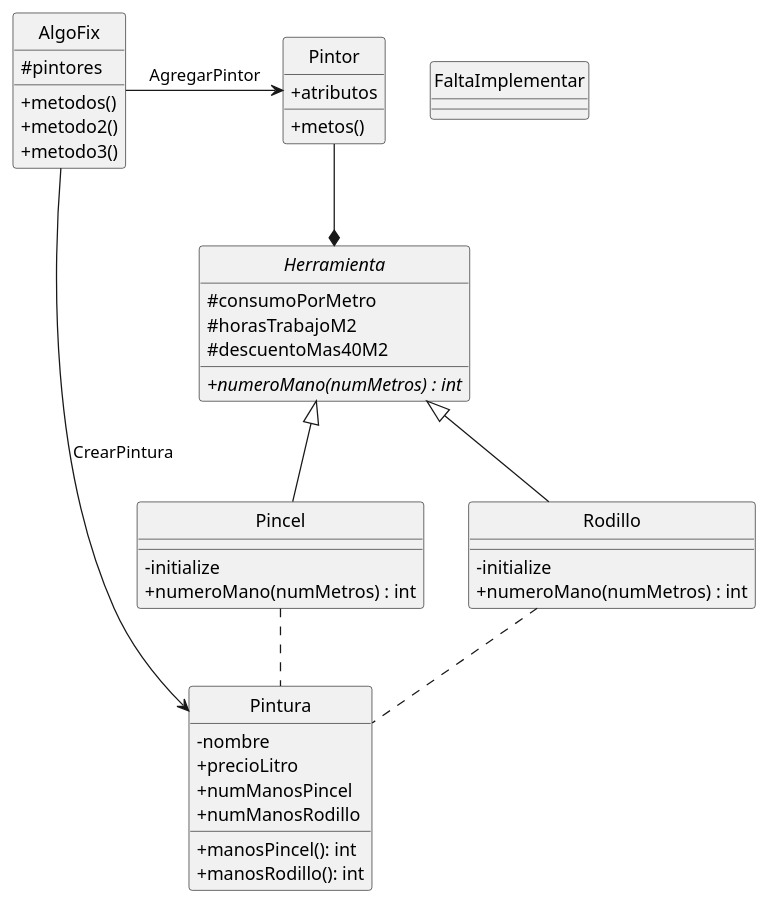
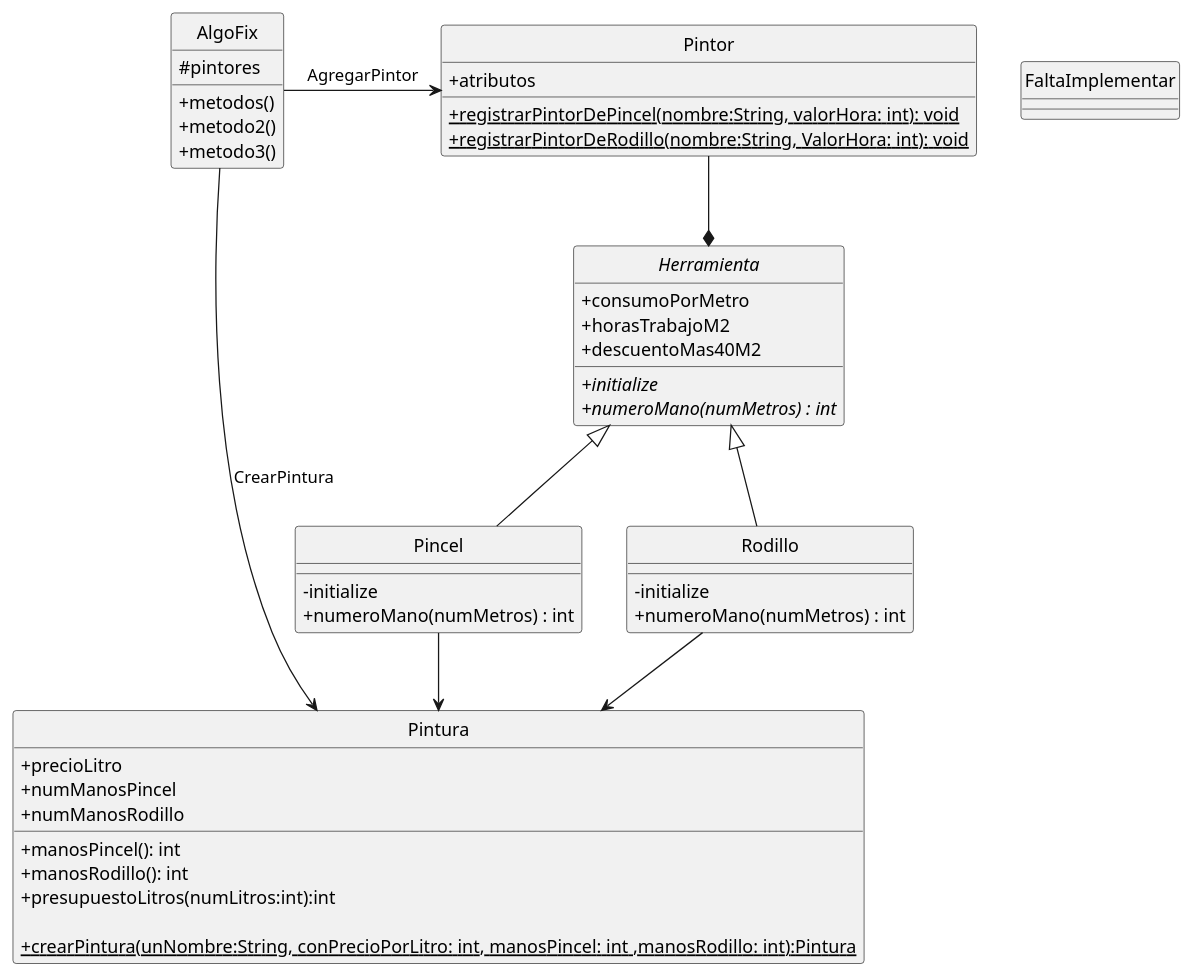
The diagram in TP1/Documentacion/diagramas/Diagrama_Clases/diagramaClases.wsd (LuisParedes1/C3_TPs), drawn with PlantUML before and after one commit. The commit also changed 32 other files, not shown here.

```diff
--- a/TP1/Documentacion/diagramas/Diagrama_Clases/diagramaClases.wsd
+++ b/TP1/Documentacion/diagramas/Diagrama_Clases/diagramaClases.wsd
@@ -1,64 +1,69 @@
 @startuml DiagramaClase
     hide circle
     skinparam classAttributeIconSize 0
 
     class AlgoFix{
         # {field} pintores
 
         + {method} metodos()
         + {method} metodo2()
         + {method} metodo3()
     }
 
     class Pintor{
         + {field} atributos
 
-        + {method} metos()
+        + {static}{method} registrarPintorDePincel(nombre:String, valorHora: int): void
+        + {static}{method} registrarPintorDeRodillo(nombre:String, ValorHora: int): void
+
     }
 
     abstract class Herramienta{
-        # {field} consumoPorMetro
-        # {field} horasTrabajoM2
-        # {field} descuentoMas40M2
+        + {field} consumoPorMetro
+        + {field} horasTrabajoM2
+        + {field} descuentoMas40M2
 
+        + {abstract}{method} initialize
         + {abstract}{method} numeroMano(numMetros) : int
     }
 
     class Pincel{
         - {method} initialize
         + {method} numeroMano(numMetros) : int
     }
 
     class Rodillo{
         - {method} initialize
         + {method} numeroMano(numMetros) : int
     }
 
     class Pintura{
-    - {field} nombre
     + {field} precioLitro
     + {field} numManosPincel
     + {field} numManosRodillo
 
     + {method} manosPincel(): int
     + {method} manosRodillo(): int
+    + {method} presupuestoLitros(numLitros:int):int
+
+    +{static}{method} crearPintura(unNombre:String, conPrecioPorLitro: int, manosPincel: int ,manosRodillo: int):Pintura
     }
 
     class FaltaImplementar{
 
     }
 
     'Asociaciones
 
     AlgoFix -> Pintor : AgregarPintor
     AlgoFix --> Pintura : CrearPintura
     
     Pintor --* Herramienta
 
     Herramienta <|-- Rodillo
     Herramienta <|-- Pincel
 
-    Rodillo .. Pintura
-    Pincel .. Pintura
+    Rodillo --> Pintura
+    Pincel --> Pintura
 
 @enduml
```
